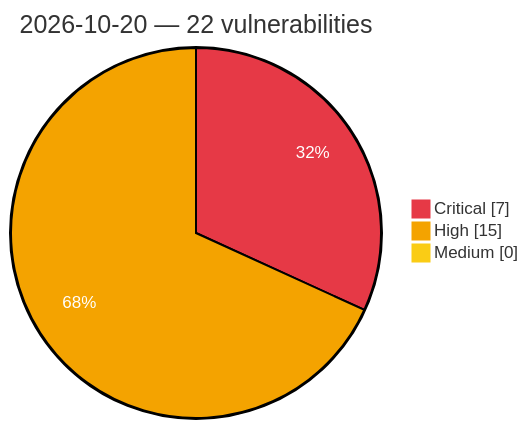
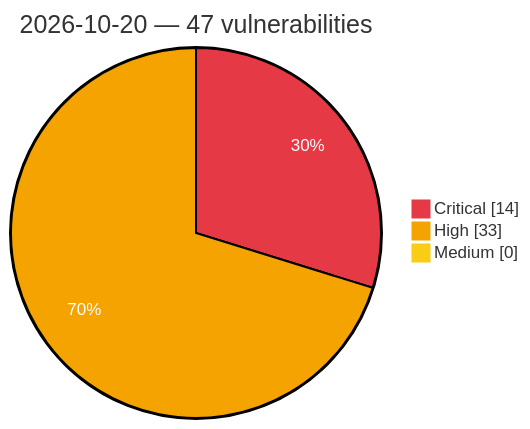
Before and after one commit to GhostX0X/vuln-tracker: the diagram in vulnerabilities/2026/October/2026-10-20.md, drawn with Mermaid. The commit also changed other lines of this file and 5 other files, not shown here.

Commit message:
Auto update: critical/high vulns (2026-10-20 12:59 UTC)

````diff
--- a/vulnerabilities/2026/October/2026-10-20.md
+++ b/vulnerabilities/2026/October/2026-10-20.md
@@ -3,8 +3,8 @@
 ```mermaid
 %%{init: {'theme':'base', 'themeVariables': {'pie1':'#e63946', 'pie2':'#f4a300', 'pie3':'#facc15', 'pieOpacity':'1', 'pieOuterStrokeWidth':'2px', 'pieSectionTextColor':'#ffffff'}}}%%
 pie showData
-    title 2026-10-20 — 22 vulnerabilities
-    "Critical" : 7
-    "High" : 15
+    title 2026-10-20 — 47 vulnerabilities
+    "Critical" : 14
+    "High" : 33
     "Medium" : 0
 ```
````
